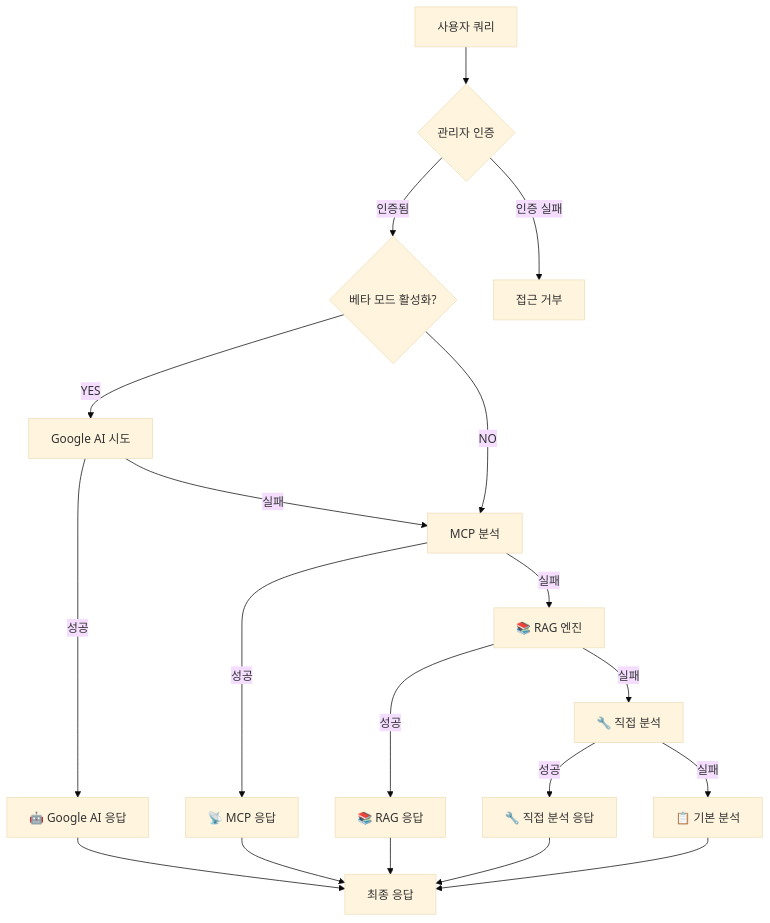
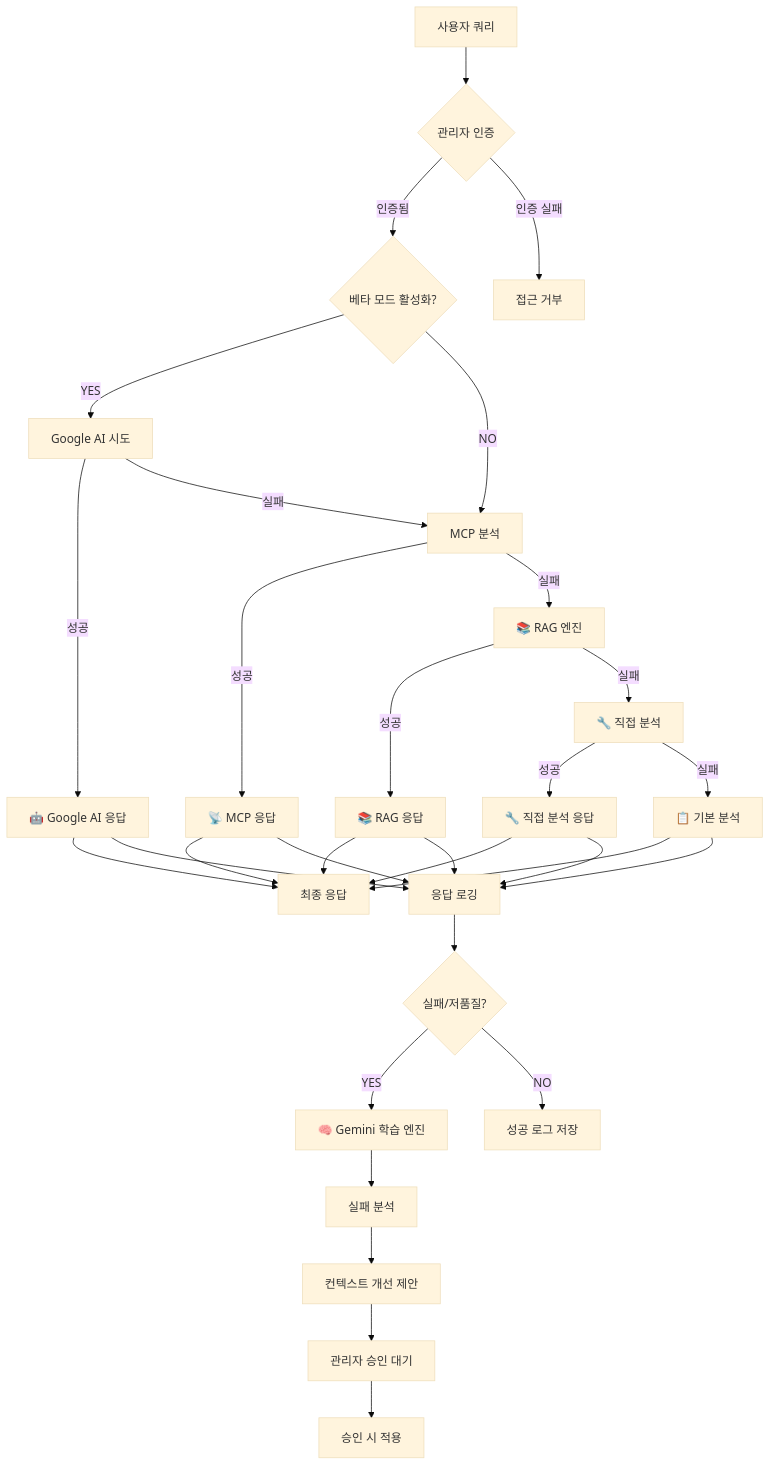
One commit to skyasu2/openmanager-vibe-v5 changed the first of 2 diagrams in docs/GOOGLE_AI_BETA_INTEGRATION_GUIDE.md. Above: the diagram before and after it, drawn with Mermaid (base theme). The commit also changed other lines of this file and 16 other files, not shown here.

````diff
--- a/docs/GOOGLE_AI_BETA_INTEGRATION_GUIDE.md
+++ b/docs/GOOGLE_AI_BETA_INTEGRATION_GUIDE.md
@@ -27,26 +28,41 @@
 ```mermaid
 graph TD
     A[사용자 쿼리] --> B{관리자 인증}
     B -->|인증됨| C{베타 모드 활성화?}
     B -->|인증 실패| Z[접근 거부]
     C -->|YES| D[Google AI 시도]
     C -->|NO| E[MCP 분석]
 
     D -->|성공| F[🤖 Google AI 응답]
     D -->|실패| E[MCP 분석]
 
     E -->|성공| G[📡 MCP 응답]
     E -->|실패| H[📚 RAG 엔진]
 
     H -->|성공| I[📚 RAG 응답]
     H -->|실패| J[🔧 직접 분석]
 
     J -->|성공| K[🔧 직접 분석 응답]
     J -->|실패| L[📋 기본 분석]
 
     F --> M[최종 응답]
     G --> M
     I --> M
     K --> M
     L --> M
+
+    F --> N[응답 로깅]
+    G --> N
+    I --> N
+    K --> N
+    L --> N
+
+    N --> O{실패/저품질?}
+    O -->|YES| P[🧠 Gemini 학습 엔진]
+    O -->|NO| Q[성공 로그 저장]
+
+    P --> R[실패 분석]
+    R --> S[컨텍스트 개선 제안]
+    S --> T[관리자 승인 대기]
+    T --> U[승인 시 적용]
 ```
````
